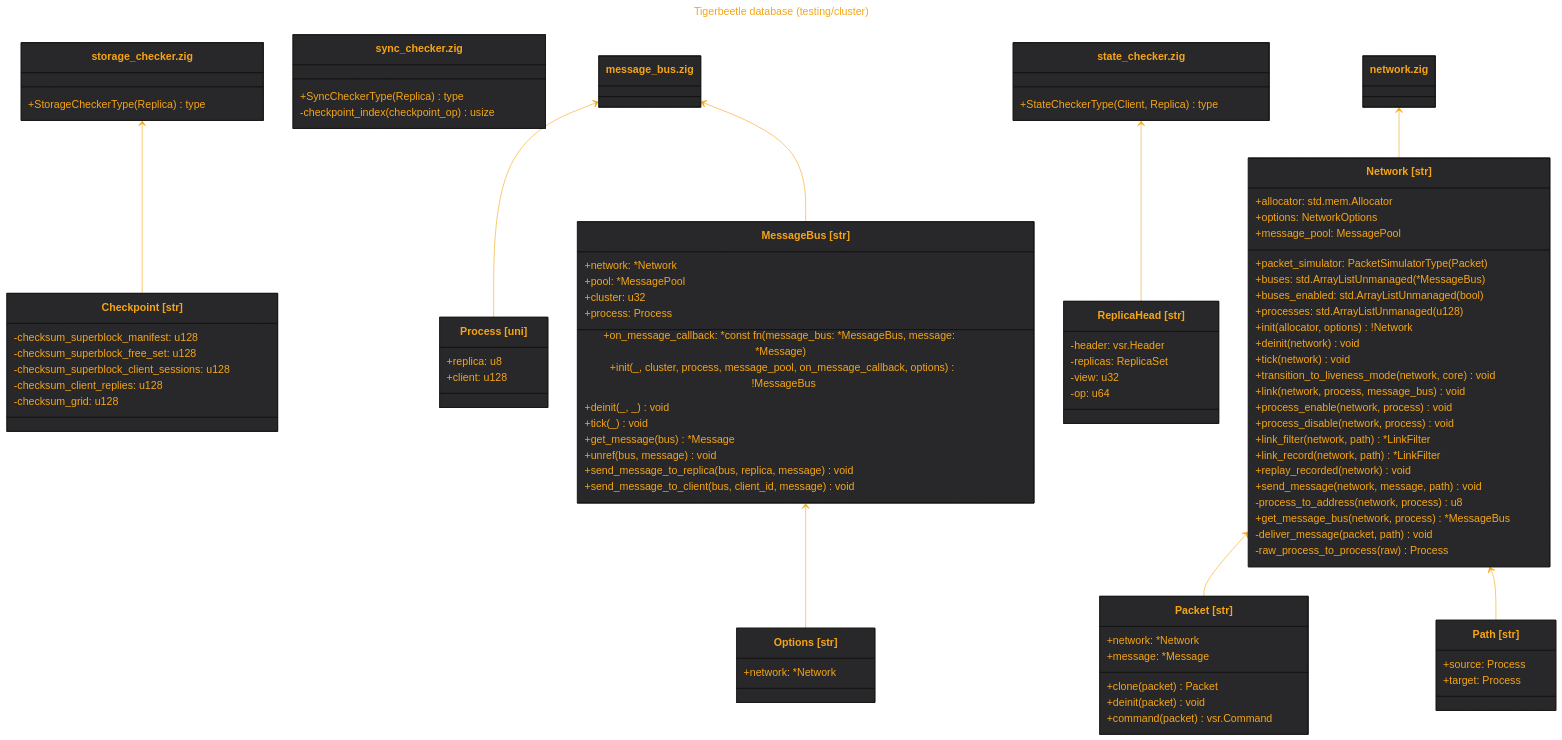
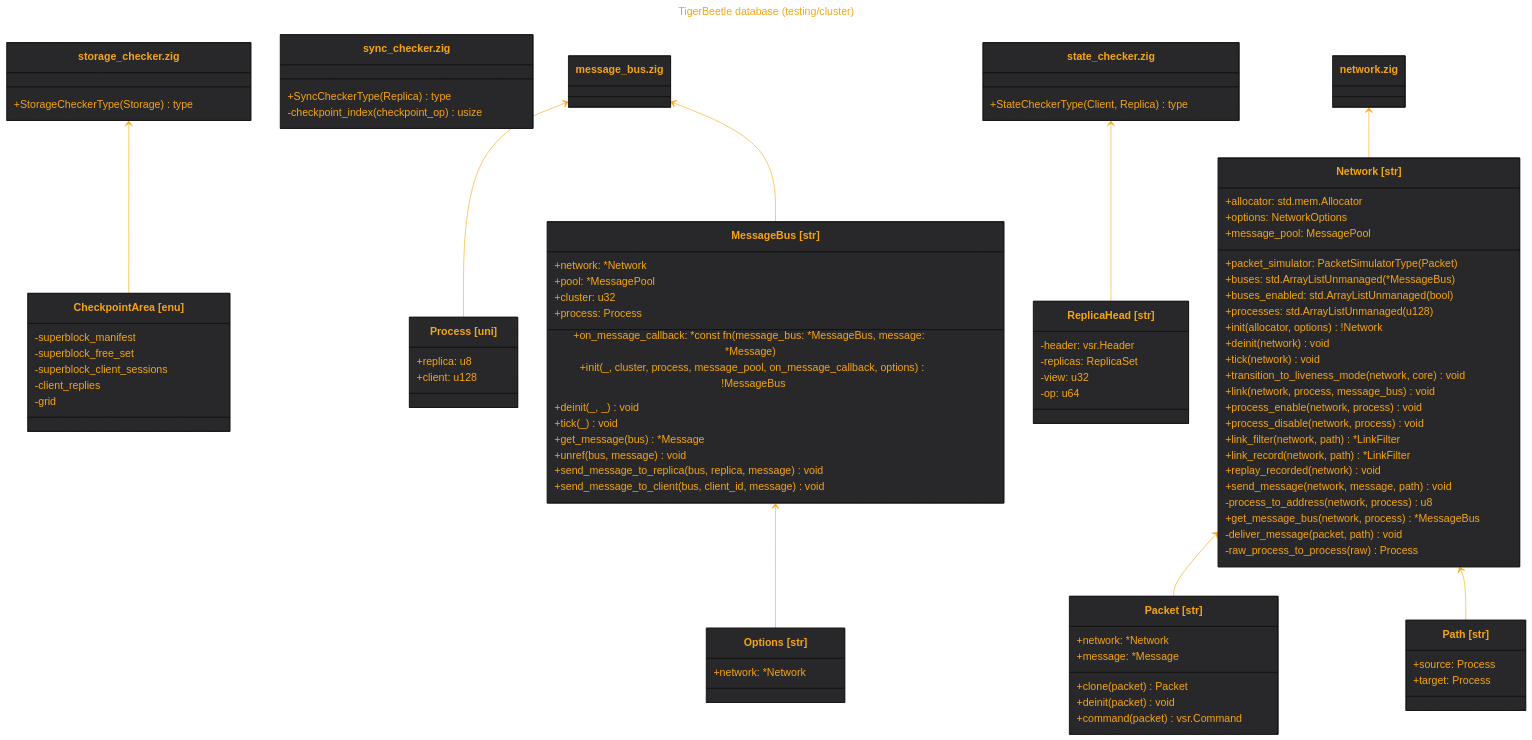
The diagram in out/src.testing.cluster.md (tensorush/meduza), drawn with Mermaid before and after one commit. The commit also changed 19 other files, not shown here.

````diff
--- a/out/src.testing.cluster.md
+++ b/out/src.testing.cluster.md
@@ -1,6 +1,6 @@
 ```mermaid
 ---
-title: Tigerbeetle database (testing/cluster)
+title: TigerBeetle database (testing/cluster)
 ---
 %%{
     init: {
@@ -15,18 +15,18 @@
     }
 }%%
 classDiagram
-class Checkpoint["Checkpoint [str]"] {
-    -checksum_superblock_manifest: u128
-    -checksum_superblock_free_set: u128
-    -checksum_superblock_client_sessions: u128
-    -checksum_client_replies: u128
-    -checksum_grid: u128
+class CheckpointArea["CheckpointArea [enu]"] {
+    -superblock_manifest
+    -superblock_free_set
+    -superblock_client_sessions
+    -client_replies
+    -grid
 }
-link Checkpoint "https://github.com/tigerbeetle/tigerbeetle/blob/main/src/testing/cluster/storage_checker.zig#L47"
+link CheckpointArea "https://github.com/tigerbeetle/tigerbeetle/blob/main/src/testing/cluster/storage_checker.zig#L44"
 class `storage_checker.zig` {
-    +StorageCheckerType(Replica) type
+    +StorageCheckerType(Storage) type
 }
-`storage_checker.zig` <-- Checkpoint
+`storage_checker.zig` <-- CheckpointArea
 link `storage_checker.zig` "https://github.com/tigerbeetle/tigerbeetle/blob/main/src/testing/cluster/storage_checker.zig"
 class `sync_checker.zig` {
     +SyncCheckerType(Replica) type
````
